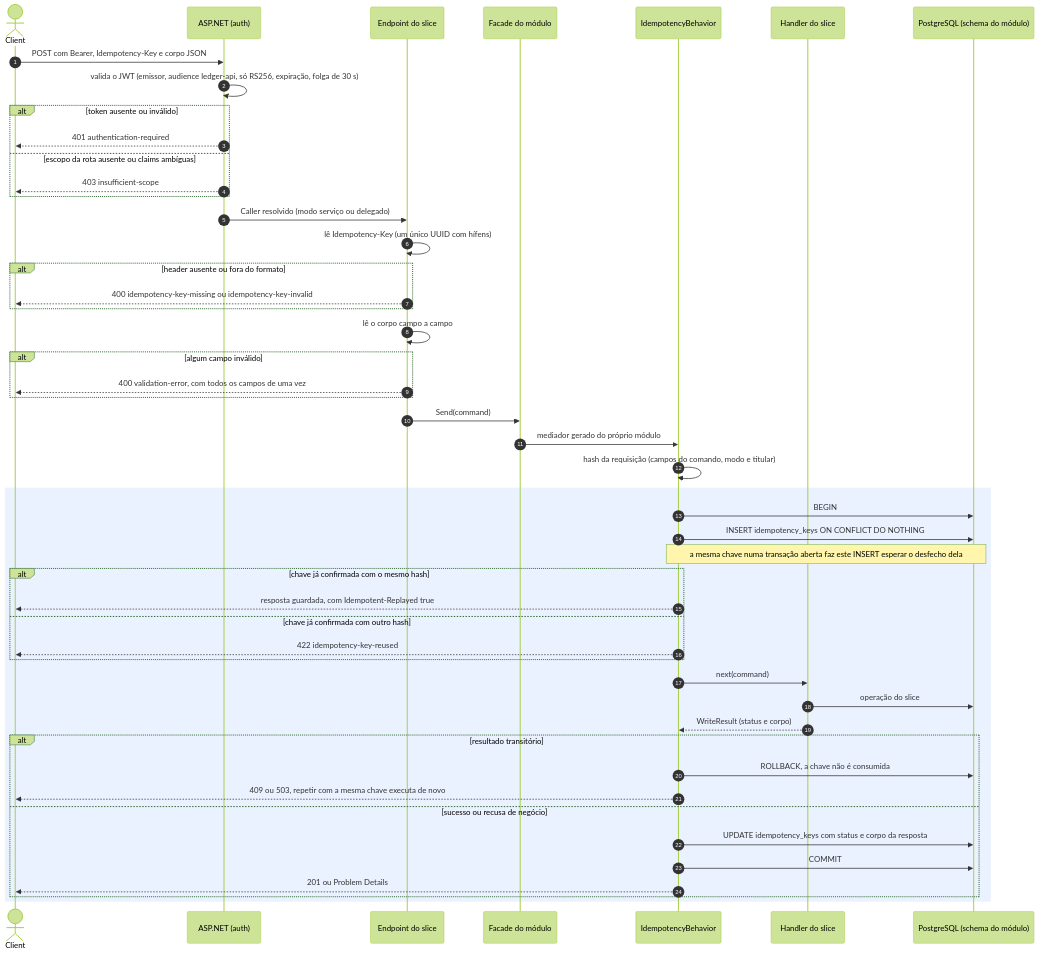
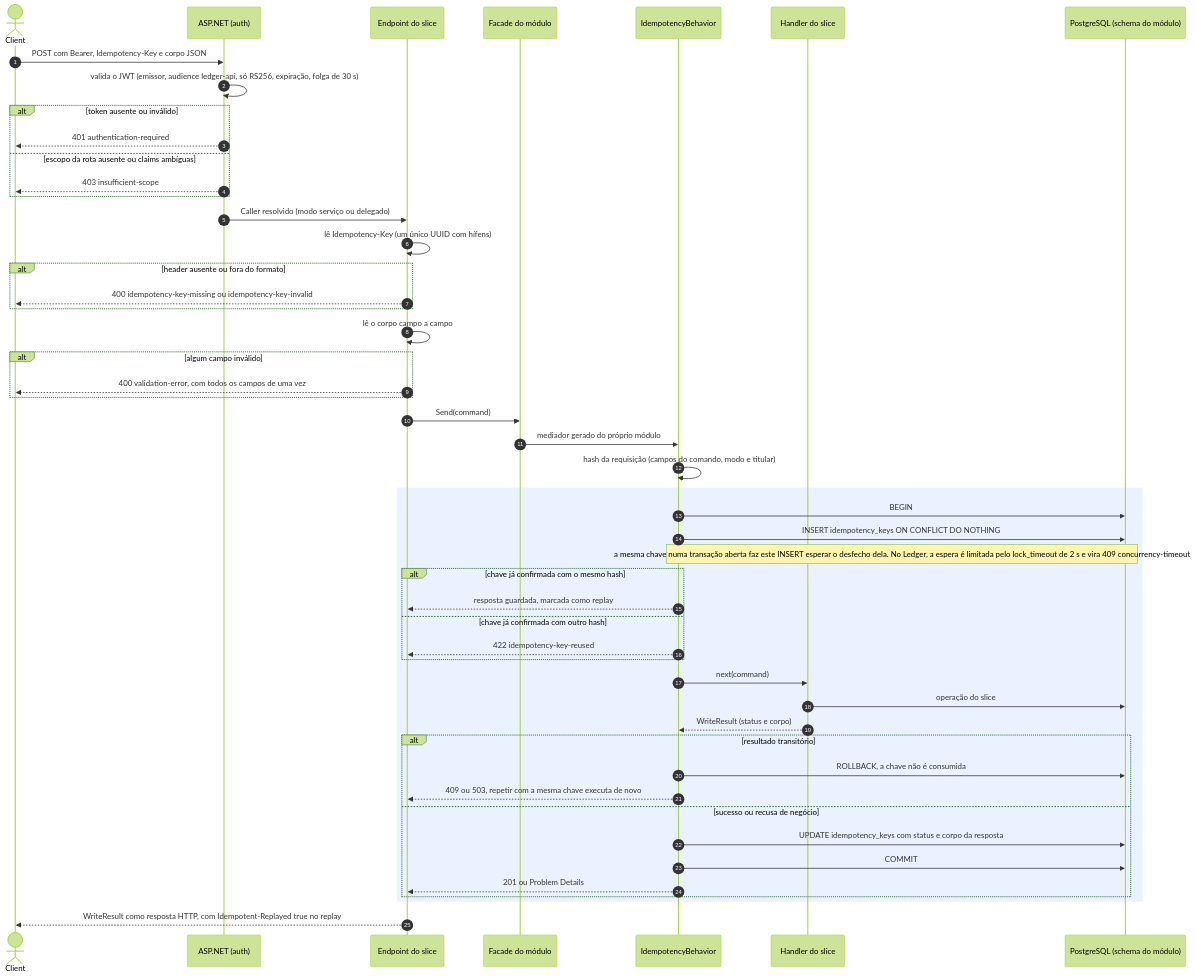
Before and after one commit to arthuurw/desafio-arquiteto-keyrus: the second of 2 diagrams in docs/arquitetura/README.md, drawn with Mermaid (forest theme). The commit also changed other lines of this file and 3 other files, not shown here.

First line of the commit message:
docs(fluxos): match the flow diagrams to the code at HEAD

````diff
--- a/docs/arquitetura/README.md
+++ b/docs/arquitetura/README.md
@@ -68,52 +71,53 @@
 ```mermaid
 sequenceDiagram
   autonumber
   actor C as Client
   participant MW as ASP.NET (auth)
   participant E as Endpoint do slice
   participant F as Facade do módulo
   participant B as IdempotencyBehavior
   participant H as Handler do slice
   participant DB as PostgreSQL (schema do módulo)
 
   C->>MW: POST com Bearer, Idempotency-Key e corpo JSON
   MW->>MW: valida o JWT (emissor, audience ledger-api, só RS256, expiração, folga de 30 s)
   alt token ausente ou inválido
     MW-->>C: 401 authentication-required
   else escopo da rota ausente ou claims ambíguas
     MW-->>C: 403 insufficient-scope
   end
   MW->>E: Caller resolvido (modo serviço ou delegado)
   E->>E: lê Idempotency-Key (um único UUID com hífens)
   alt header ausente ou fora do formato
     E-->>C: 400 idempotency-key-missing ou idempotency-key-invalid
   end
   E->>E: lê o corpo campo a campo
   alt algum campo inválido
     E-->>C: 400 validation-error, com todos os campos de uma vez
   end
   E->>F: Send(command)
   F->>B: mediador gerado do próprio módulo
   B->>B: hash da requisição (campos do comando, modo e titular)
   rect rgba(80, 140, 255, 0.12)
     B->>DB: BEGIN
     B->>DB: INSERT idempotency_keys ON CONFLICT DO NOTHING
-    Note over B,DB: a mesma chave numa transação aberta faz este INSERT esperar o desfecho dela
+    Note over B,DB: a mesma chave numa transação aberta faz este INSERT esperar o desfecho dela. No Ledger, a espera é limitada pelo lock_timeout de 2 s e vira 409 concurrency-timeout
     alt chave já confirmada com o mesmo hash
-      B-->>C: resposta guardada, com Idempotent-Replayed true
+      B-->>E: resposta guardada, marcada como replay
     else chave já confirmada com outro hash
-      B-->>C: 422 idempotency-key-reused
+      B-->>E: 422 idempotency-key-reused
     end
     B->>H: next(command)
     H->>DB: operação do slice
     H-->>B: WriteResult (status e corpo)
     alt resultado transitório
       B->>DB: ROLLBACK, a chave não é consumida
-      B-->>C: 409 ou 503, repetir com a mesma chave executa de novo
+      B-->>E: 409 ou 503, repetir com a mesma chave executa de novo
     else sucesso ou recusa de negócio
       B->>DB: UPDATE idempotency_keys com status e corpo da resposta
       B->>DB: COMMIT
-      B-->>C: 201 ou Problem Details
+      B-->>E: 201 ou Problem Details
     end
   end
+  E-->>C: WriteResult como resposta HTTP, com Idempotent-Replayed true no replay
 ```
````
